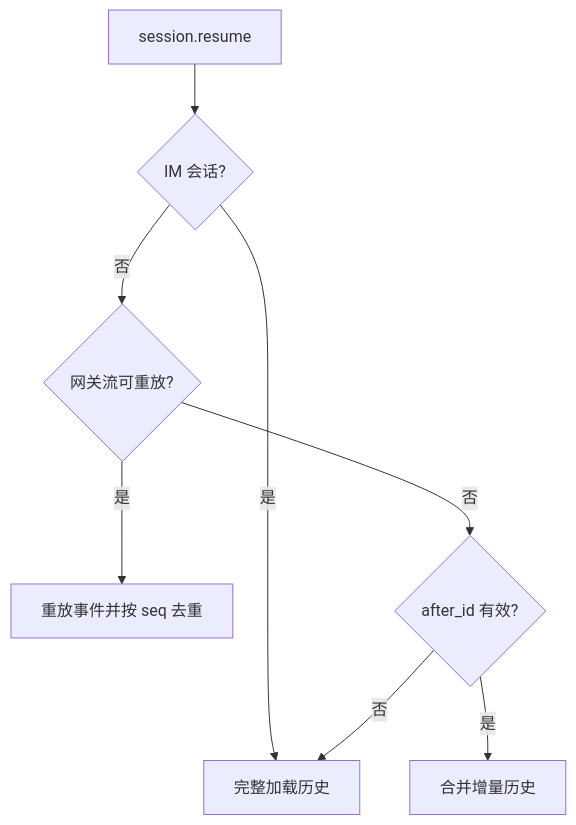
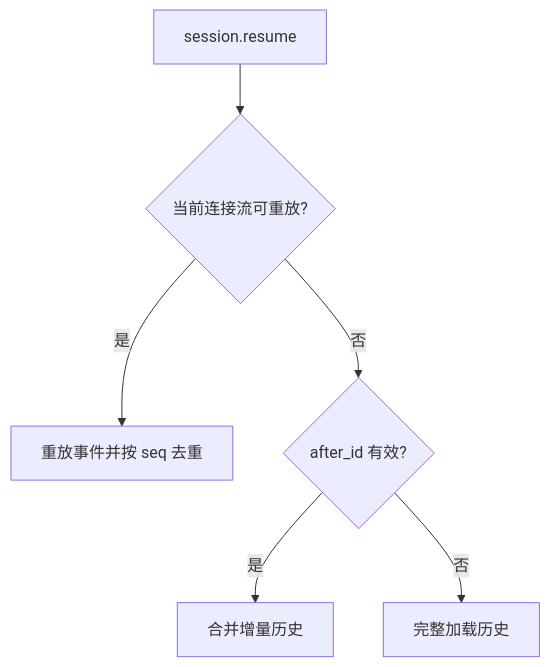
One commit to yangjinming1062/SpiritAgent changed the first of 3 diagrams in docs/PROTOCOL.md. Above: the diagram before and after it, drawn with Mermaid. The commit also changed other lines of this file and 253 other files, not shown here.

````diff
--- a/docs/PROTOCOL.md
+++ b/docs/PROTOCOL.md
@@ -99,10 +103,8 @@
 ```mermaid
 flowchart TD
-    Resume[session.resume] --> IM{IM 会话?}
-    IM -->|是| Full[完整加载历史]
-    IM -->|否| Replay{网关流可重放?}
+    Resume[session.resume] --> Replay{当前连接流可重放?}
     Replay -->|是| Frames[重放事件并按 seq 去重]
     Replay -->|否| Anchor{after_id 有效?}
     Anchor -->|是| Delta[合并增量历史]
-    Anchor -->|否| Full
+    Anchor -->|否| Full[完整加载历史]
 ```
````
